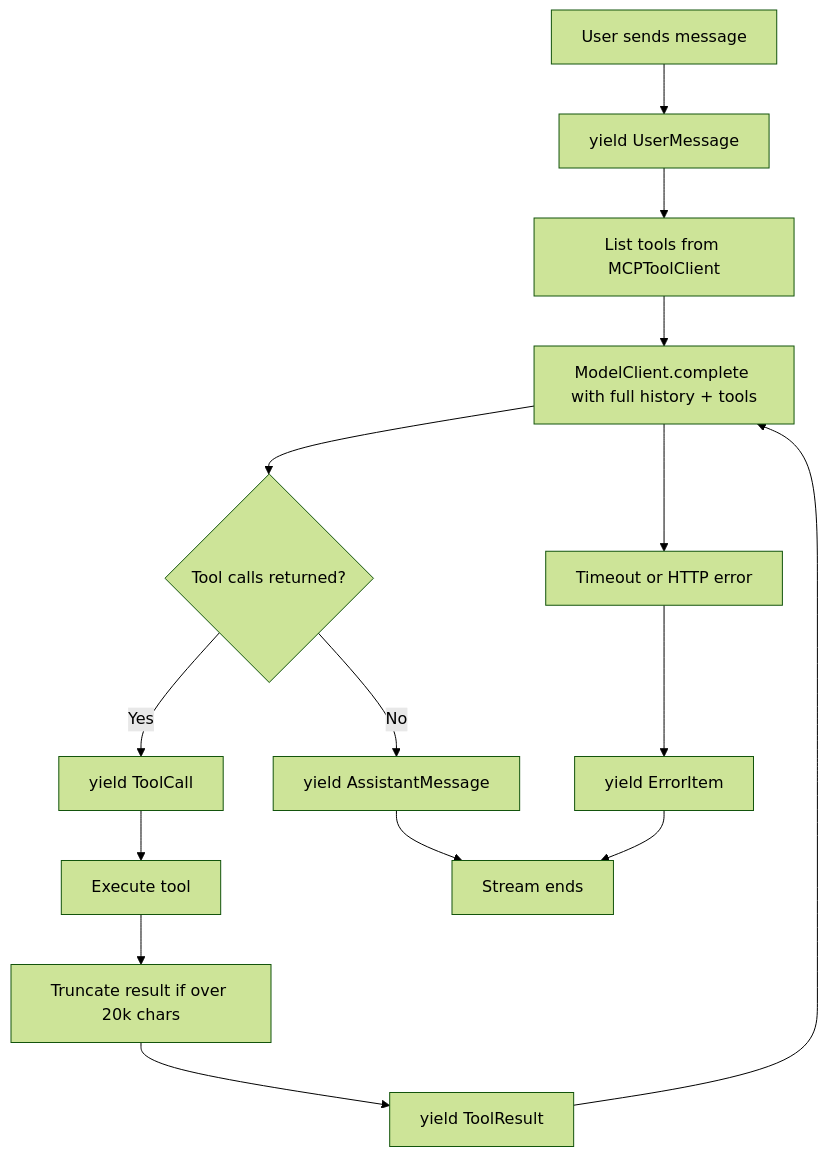
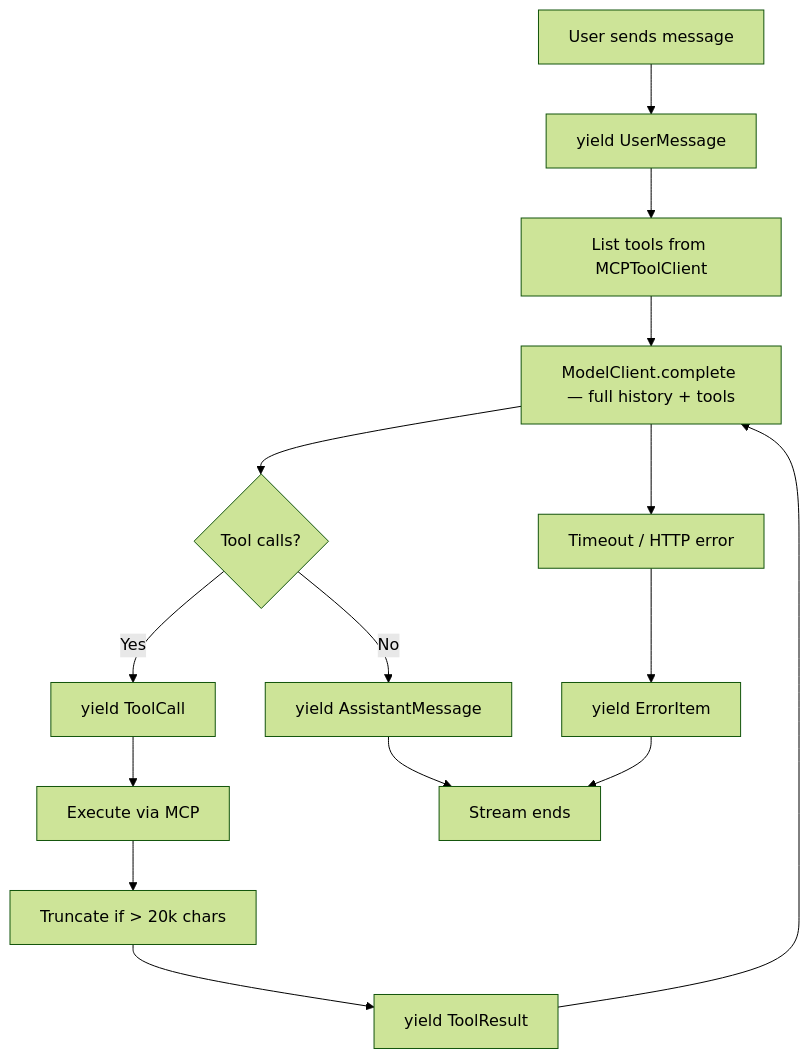
The diagram in README.md (al-sersy/chat-agent), drawn with Mermaid (forest theme) before and after one commit. The commit also changed other lines of this file, not shown here.

Commit message:
docs: modernise README with badges, tables, architecture diagram, and project structure

````diff
--- a/README.md
+++ b/README.md
@@ -53,17 +88,17 @@
 ```mermaid
 flowchart TD
     A[User sends message] --> B[yield UserMessage]
     B --> C[List tools from MCPToolClient]
-    C --> D[ModelClient.complete with full history + tools]
-    D --> E{Tool calls returned?}
+    C --> D[ModelClient.complete — full history + tools]
+    D --> E{Tool calls?}
     E -->|Yes| F[yield ToolCall]
-    F --> G[Execute tool]
-    G --> H[Truncate result if over 20k chars]
+    F --> G[Execute via MCP]
+    G --> H[Truncate if > 20k chars]
     H --> I[yield ToolResult]
     I --> D
     E -->|No| J[yield AssistantMessage]
     J --> K[Stream ends]
-    D --> L[Timeout or HTTP error]
+    D --> L[Timeout / HTTP error]
     L --> M[yield ErrorItem]
     M --> K
 ```
````
